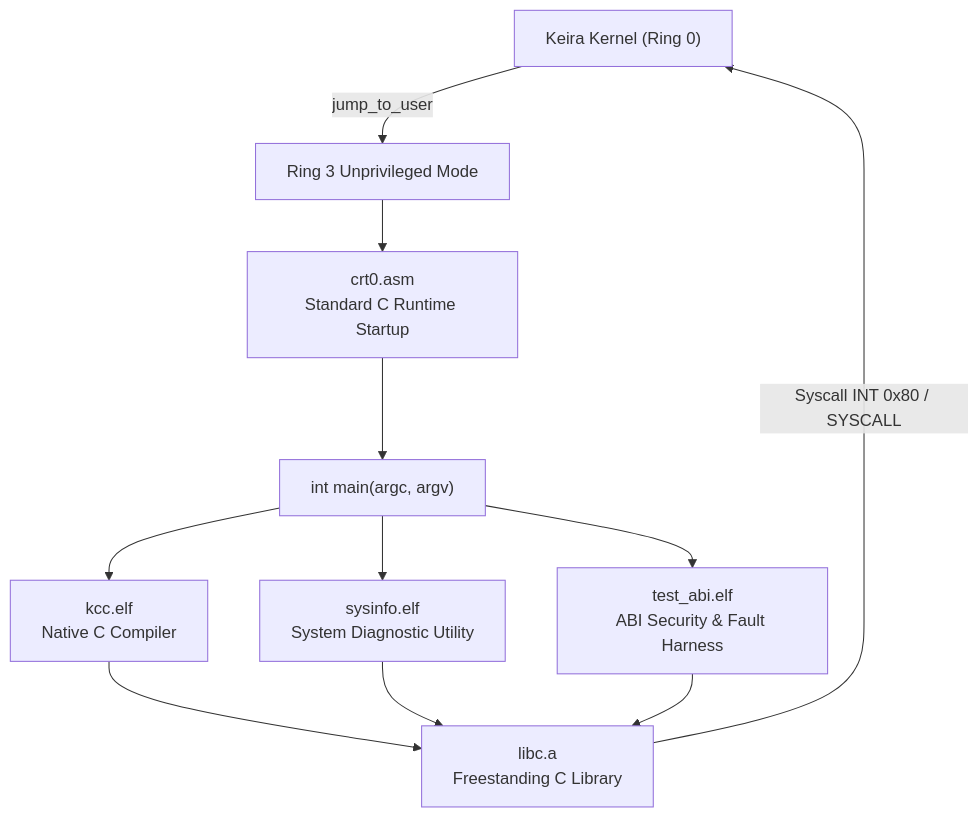
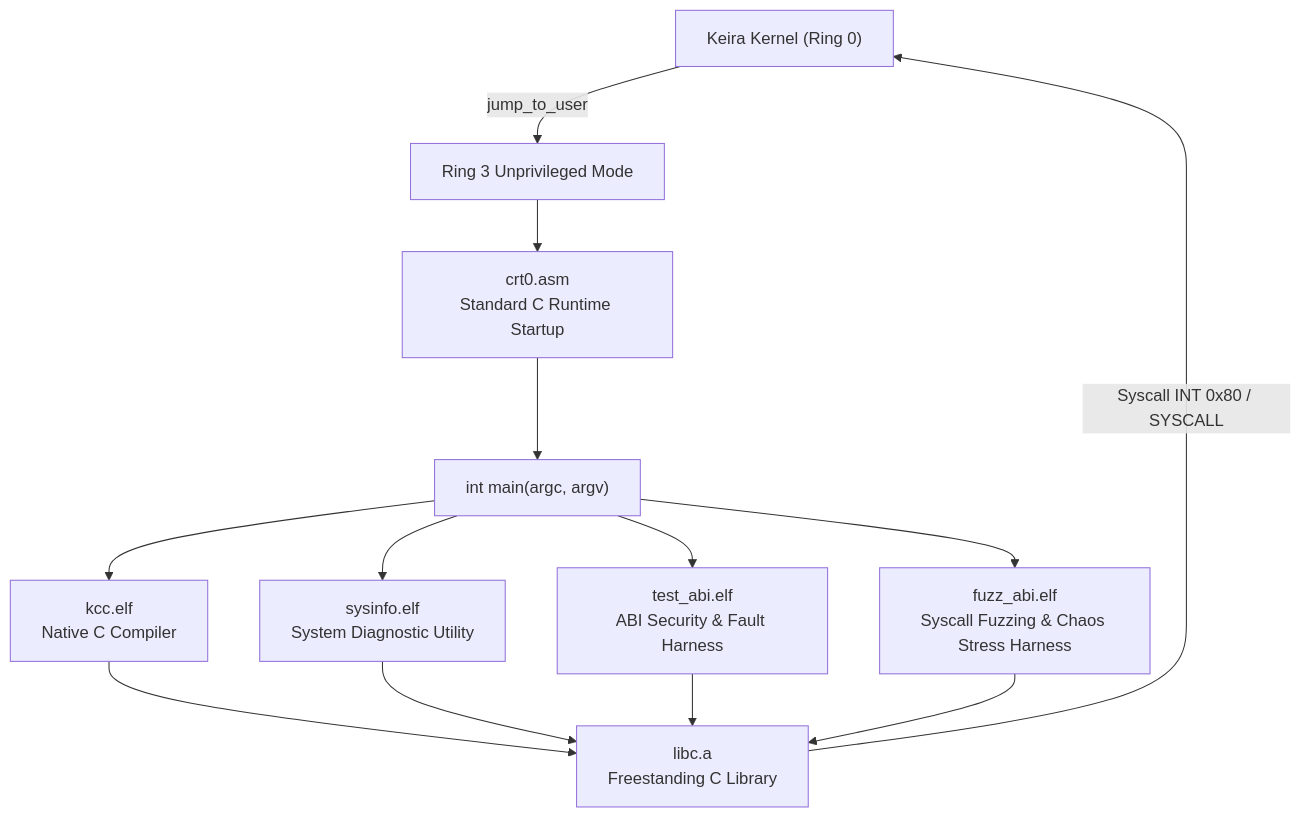
The diagram in docs/userland/system/binaries.md (mrvlous/keira), drawn with Mermaid before and after one commit. The commit also changed other lines of this file and 12 other files, not shown here.

Commit message:
docs: synchronize system documentation, architecture runbooks and style standards

````diff
--- a/docs/userland/system/binaries.md
+++ b/docs/userland/system/binaries.md
@@ -11,13 +11,15 @@
 ```mermaid
 graph TD
     Kernel["Keira Kernel (Ring 0)"] -->|jump_to_user| Ring3["Ring 3 Unprivileged Mode"]
     Ring3 --> CRT0["crt0.asm<br/>Standard C Runtime Startup"]
     CRT0 --> Main["int main(argc, argv)"]
     Main --> KCC["kcc.elf<br/>Native C Compiler"]
     Main --> Sysinfo["sysinfo.elf<br/>System Diagnostic Utility"]
     Main --> TestABI["test_abi.elf<br/>ABI Security & Fault Harness"]
+    Main --> FuzzABI["fuzz_abi.elf<br/>Syscall Fuzzing & Chaos Stress Harness"]
     KCC --> LibC["libc.a<br/>Freestanding C Library"]
     Sysinfo --> LibC
     TestABI --> LibC
+    FuzzABI --> LibC
     LibC -->|Syscall INT 0x80 / SYSCALL| Kernel
 ```
````
